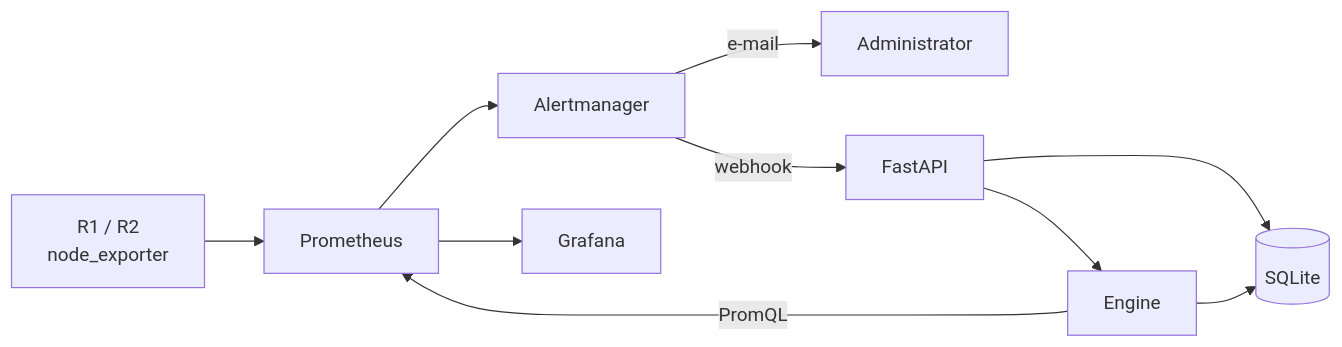
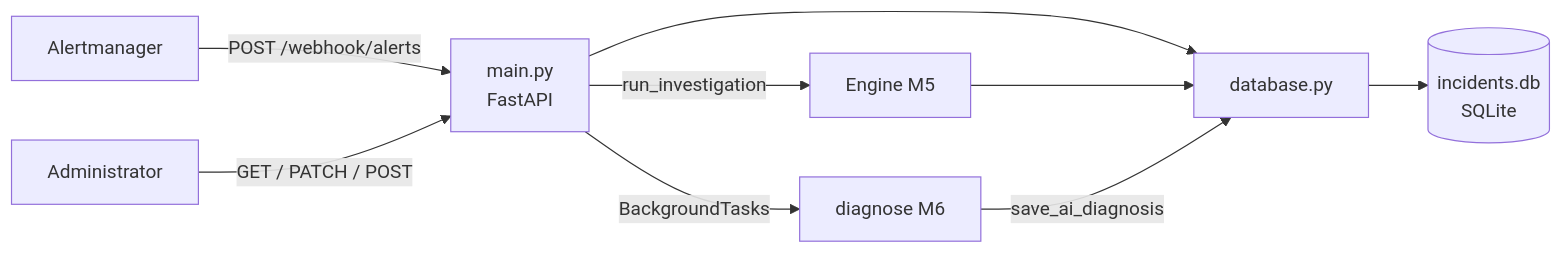
One commit to mihai-minascurta/NetOps-Sentinel changed the first of 2 diagrams in incident_manager/README.md. Above: the diagram before and after it, drawn with Mermaid. The commit also changed other lines of this file and 3 other files, not shown here.

````diff
--- a/incident_manager/README.md
+++ b/incident_manager/README.md
@@ -14,12 +8,11 @@
 ```mermaid
 flowchart LR
-    VM[R1 / R2<br/>node_exporter] --> P[Prometheus]
-    P --> A[Alertmanager]
-    A -->|e-mail| E[Administrator]
-    A -->|webhook| API[FastAPI]
-    API --> DB[(SQLite)]
-    API --> ENG[Engine]
-    ENG -->|PromQL| P
-    ENG --> DB
-    P --> G[Grafana]
+    AM[Alertmanager] -->|POST /webhook/alerts| API[main.py<br/>FastAPI]
+    ADM[Administrator] -->|GET / PATCH / POST| API
+    API --> DBP[database.py]
+    DBP --> DB[(incidents.db<br/>SQLite)]
+    API -->|run_investigation| ENG[Engine M5]
+    API -->|BackgroundTasks| AI[diagnose M6]
+    ENG --> DBP
+    AI -->|save_ai_diagnosis| DBP
 ```
````
